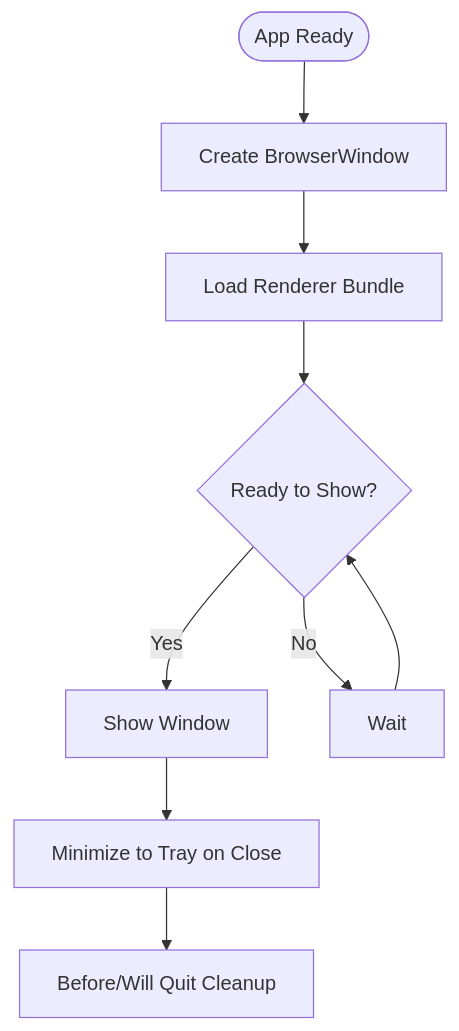
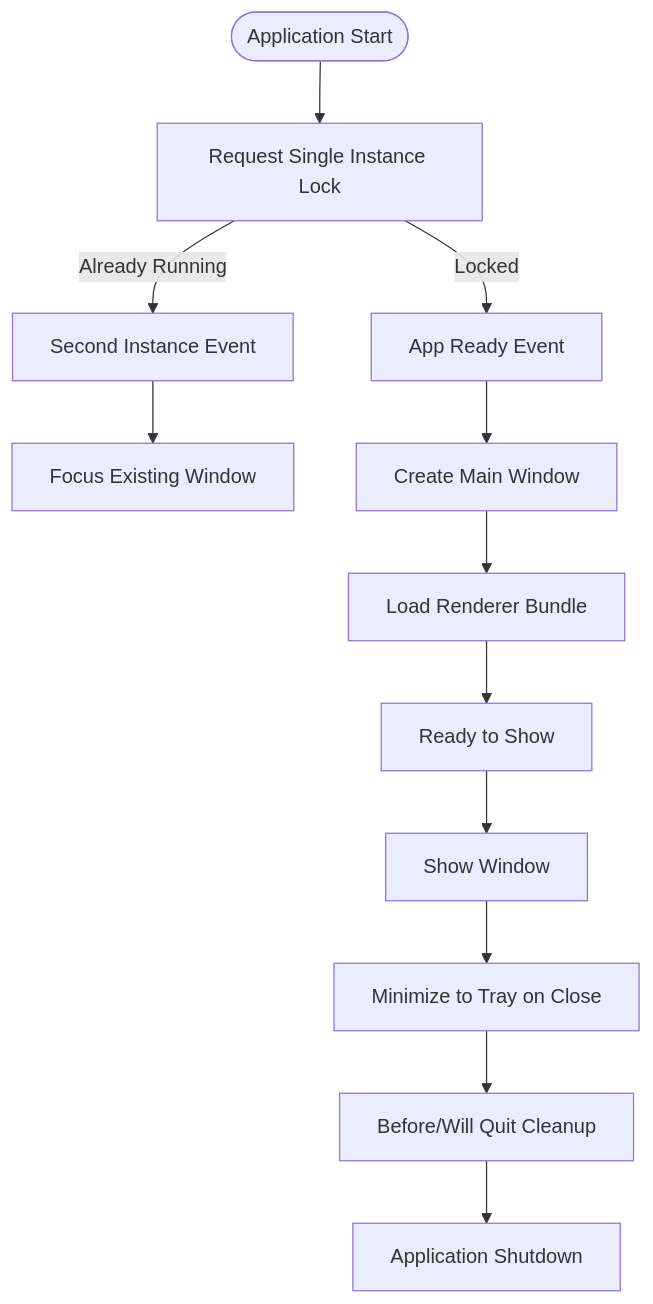
Before and after one commit to WizardJIOCb/rodion.pro: the third of 11 diagrams in .qoder/repowiki/en/content/Core Features/Electron Desktop Application.md, drawn with Mermaid. The commit also changed other lines of this file and 26 other files, not shown here.

````diff
--- a/.qoder/repowiki/en/content/Core Features/Electron Desktop Application.md
+++ b/.qoder/repowiki/en/content/Core Features/Electron Desktop Application.md
@@ -155,11 +233,14 @@
 ```mermaid
 flowchart TD
-Start(["App Ready"]) --> CreateWin["Create BrowserWindow"]
-CreateWin --> LoadRenderer["Load Renderer Bundle"]
-LoadRenderer --> ReadyToShow{"Ready to Show?"}
-ReadyToShow --> |Yes| ShowWin["Show Window"]
-ReadyToShow --> |No| Wait["Wait"]
-Wait --> ReadyToShow
-ShowWin --> Minimize["Minimize to Tray on Close"]
-Minimize --> Quit["Before/Will Quit Cleanup"]
+Start(["Application Start"]) --> Lock["Request Single Instance Lock"]
+Lock --> |Locked| Ready["App Ready Event"]
+Lock --> |Already Running| SecondInstance["Second Instance Event"]
+SecondInstance --> FocusExisting["Focus Existing Window"]
+Ready --> CreateWindow["Create Main Window"]
+CreateWindow --> LoadRenderer["Load Renderer Bundle"]
+LoadRenderer --> ReadyToShow["Ready to Show"]
+ReadyToShow --> ShowWindow["Show Window"]
+ShowWindow --> MinimizeToTray["Minimize to Tray on Close"]
+MinimizeToTray --> Cleanup["Before/Will Quit Cleanup"]
+Cleanup --> Shutdown["Application Shutdown"]
 ```
````
